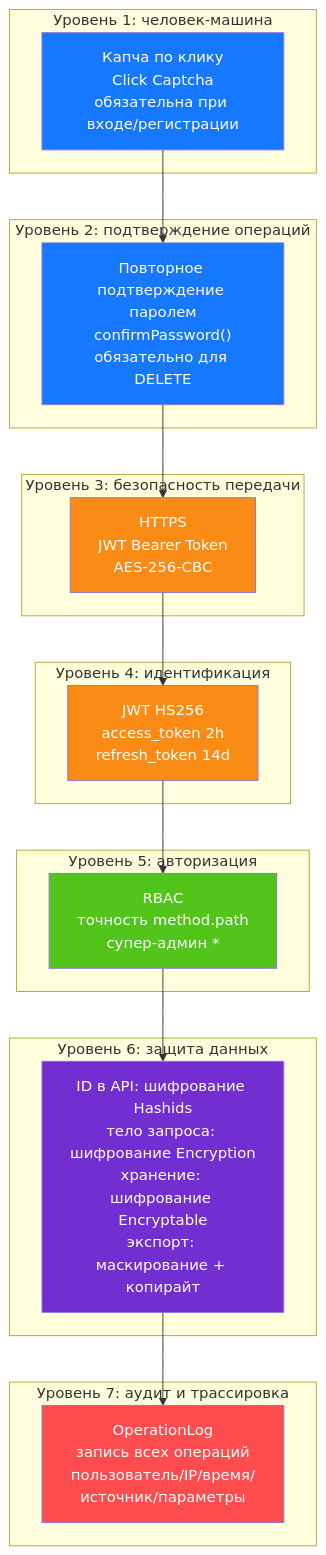
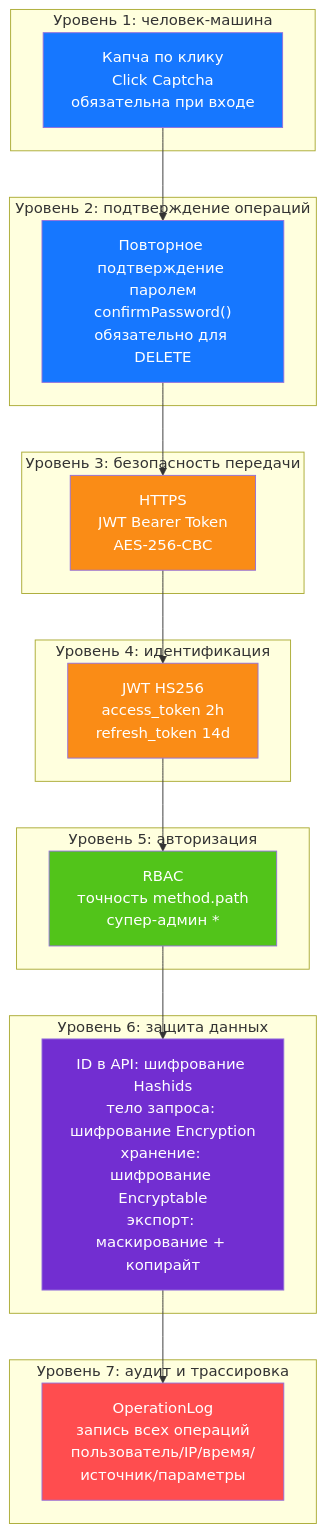
Before and after one commit to erikwang2013/open-admin: diagram 13 of 14 in docs/ARCHITECTURE.ru.md, drawn with Mermaid. The commit also changed other lines of this file and 115 other files, not shown here.

First line of the commit message:
功能：新增项目宠物「小安」、站点首页与手写 SVG 设计图集；全部文档对齐代码

````diff
--- a/docs/ARCHITECTURE.ru.md
+++ b/docs/ARCHITECTURE.ru.md
@@ -607,40 +597,40 @@
 ```mermaid
 flowchart TB
     subgraph "Уровень 1: человек-машина"
-        L1["Капча по клику<br/>Click Captcha<br/>обязательна при входе/регистрации"]
+        L1["Капча по клику<br/>Click Captcha<br/>обязательна при входе"]
     end
 
     subgraph "Уровень 2: подтверждение операций"
         L2["Повторное подтверждение паролем<br/>confirmPassword()<br/>обязательно для DELETE"]
     end
 
     subgraph "Уровень 3: безопасность передачи"
         L3["HTTPS<br/>JWT Bearer Token<br/>AES-256-CBC"]
     end
 
     subgraph "Уровень 4: идентификация"
         L4["JWT HS256<br/>access_token 2h<br/>refresh_token 14d"]
     end
 
     subgraph "Уровень 5: авторизация"
         L5["RBAC<br/>точность method.path<br/>супер-админ *"]
     end
 
     subgraph "Уровень 6: защита данных"
         L6["ID в API: шифрование Hashids<br/>тело запроса: шифрование Encryption<br/>хранение: шифрование Encryptable<br/>экспорт: маскирование + копирайт"]
     end
 
     subgraph "Уровень 7: аудит и трассировка"
         L7["OperationLog<br/>запись всех операций<br/>пользователь/IP/время/источник/параметры"]
     end
 
     L1 --> L2 --> L3 --> L4 --> L5 --> L6 --> L7
 
     style L1 fill:#1677FF,color:#fff
     style L2 fill:#1677FF,color:#fff
     style L3 fill:#FA8C16,color:#fff
     style L4 fill:#FA8C16,color:#fff
     style L5 fill:#52C41A,color:#fff
     style L6 fill:#722ED1,color:#fff
     style L7 fill:#FF4D4F,color:#fff
 ```
````
